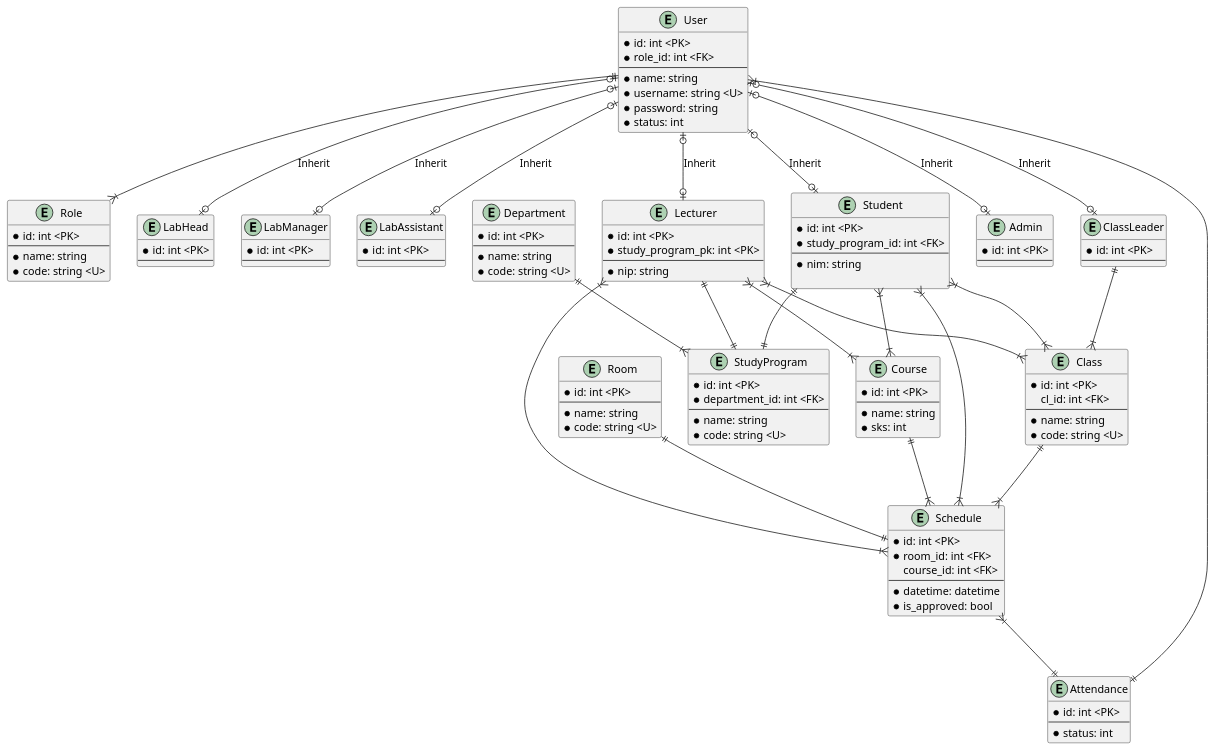
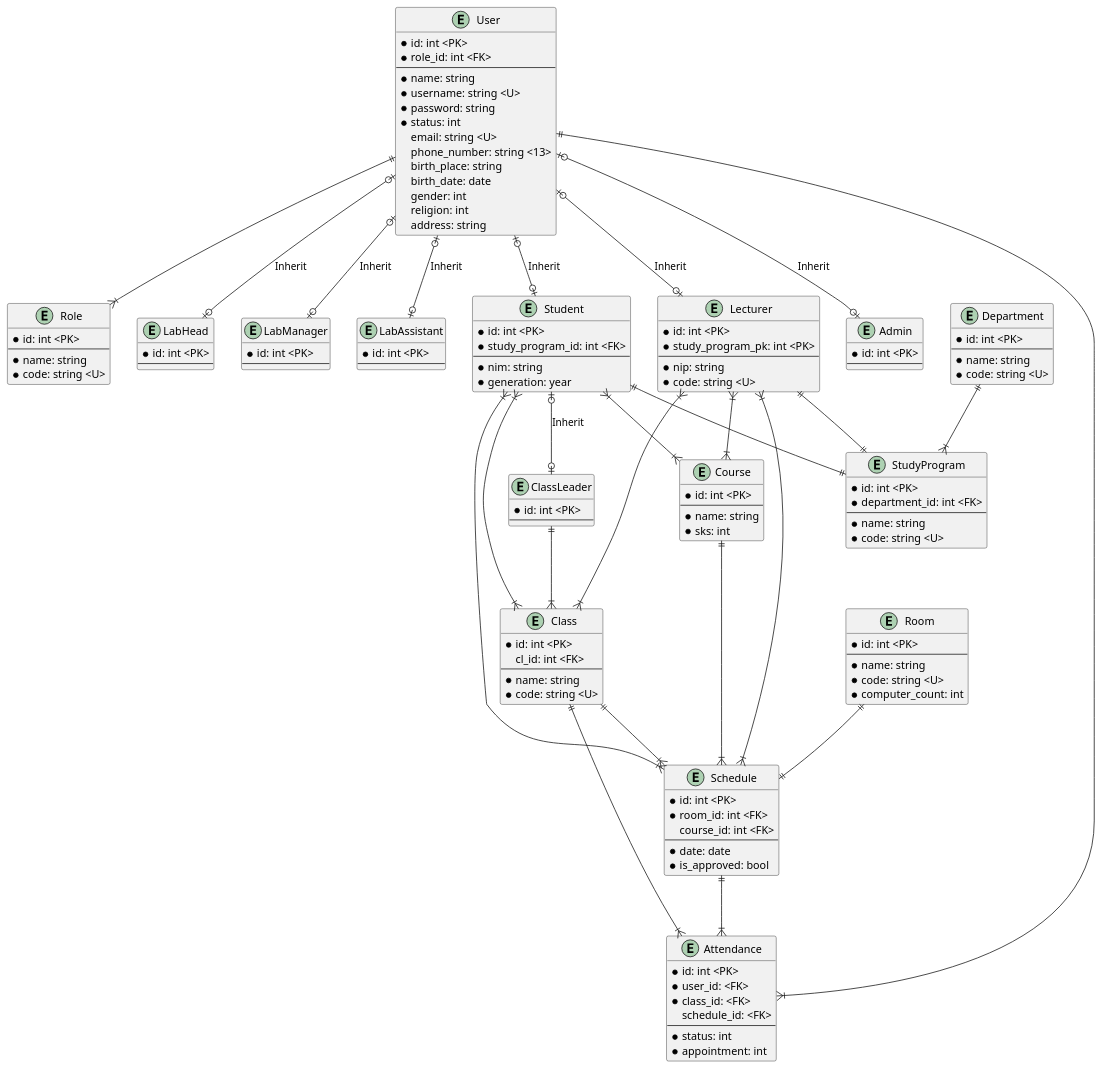
One commit to codebaradev/Simlab changed the diagram in docs/erd.plantuml. Above: the diagram before and after it, drawn with PlantUML. The commit also changed 6 other files, not shown here.

Commit message:
feat: Usecase and activity diagram

```diff
--- a/docs/erd.plantuml
+++ b/docs/erd.plantuml
@@ -1,164 +1,178 @@
 @startuml "Erd"
 
 
 ' --- Actor ---
 
 entity "User" as user { 
     * id: int <PK>
     * role_id: int <FK>
     ---
     * name: string
     * username: string <U>
     * password: string
     * status: int
+    email: string <U>
+    phone_number: string <13>
+    birth_place: string
+    birth_date: date
+    gender: int
+    religion: int
+    address: string
 }
 
 entity "Role" as role {
     * id: int <PK>
     ---
     * name: string
     * code: string <U>
 }
 
 entity "LabHead" as lab_head {
     * id: int <PK>
     ---
 }
 
 entity "LabManager" as lab_manager {
     * id: int <PK>
     ---
 }
 
 entity "LabAssistant" as lab_assistant {
     * id: int <PK>
     ---
 }
 
 entity "Lecturer" as lecturer {
     * id: int <PK>
     * study_program_pk: int <PK>
     ---
     * nip: string
+    * code: string <U>
 }
 
 entity "Student" as student {
     * id: int <PK>
     * study_program_id: int <FK>
     ---
     * nim: string
-    
+    * generation: year  
 }
 
 entity "ClassLeader" as class_leader {
     * id: int <PK>
     ---
 }
 
 entity "Admin" as admin {
     * id: int <PK>
     ---
 }
 
 ' Main
 
 entity "Department" as department {
     * id: int <PK>
     ---
     * name: string
     * code: string <U>
 }
 
 entity "StudyProgram" as study_program {
     * id: int <PK>
     * department_id: int <FK>
     ---
     * name: string
     * code: string <U>
 }
 
 entity "Course" as course {
     * id: int <PK>
     ---
     * name: string
     * sks: int
 } 
 
 entity "Attendance" as attendance {
     * id: int <PK>
+    * user_id: <FK>
+    * class_id: <FK>
+    schedule_id: <FK>
     ---
-    * status: int 
+    * status: int
+    * appointment: int
 }
 
 entity "Schedule" as schedule {
     * id: int <PK>
     * room_id: int <FK>
     course_id: int <FK>
     ---
-    * datetime: datetime
+    * date: date
     * is_approved: bool
 }
 
 entity "Class" as class {
     * id: int <PK>
     cl_id: int <FK>
     ---
     * name: string
     * code: string <U>
 }
 
 entity "Room" as room {
     * id: int <PK>
     ---
     * name: string
     * code: string <U>
+    * computer_count: int
 }
 
 ' StudyProgram and Department
 
 department ||--|{ study_program
 lecturer ||--|| study_program
 student ||--|| study_program
 
 ' Roles
 
 user ||--|{ role
 
 user |o--o| admin: "Inherit"
 user |o--o| lab_head: "Inherit"
 user |o--o| lab_manager: "Inherit"
 user |o--o| lecturer: "Inherit"
 user |o--o| lab_assistant: "Inherit"
 user |o--o| student: "Inherit"
-user |o--o| class_leader: "Inherit"
+student |o--o| class_leader: "Inherit"
 
 
 
 ' class
 
 student }|--|{ class: ""
 lecturer }|--|{ class: ""
 class_leader ||--|{ class: ""
 
 ' Schedule
 
 lecturer }|--|{ schedule: ""
 student }|--|{ schedule: ""
 room ||--||schedule: ""
 class ||--|{ schedule:""
 course ||--|{ schedule:""
 
-' Attendance
+' Attendanceu
 
-user }|--|| attendance: ""
-schedule }|--|| attendance: ""
+user ||--|{ attendance: ""
+class ||--|{ attendance: ""
+schedule ||--|{ attendance: ""
 
 ' Course
 
 lecturer }|--|{ course: ""
 student }|--|{ course: ""
 
 
 
 
 @enduml
```
